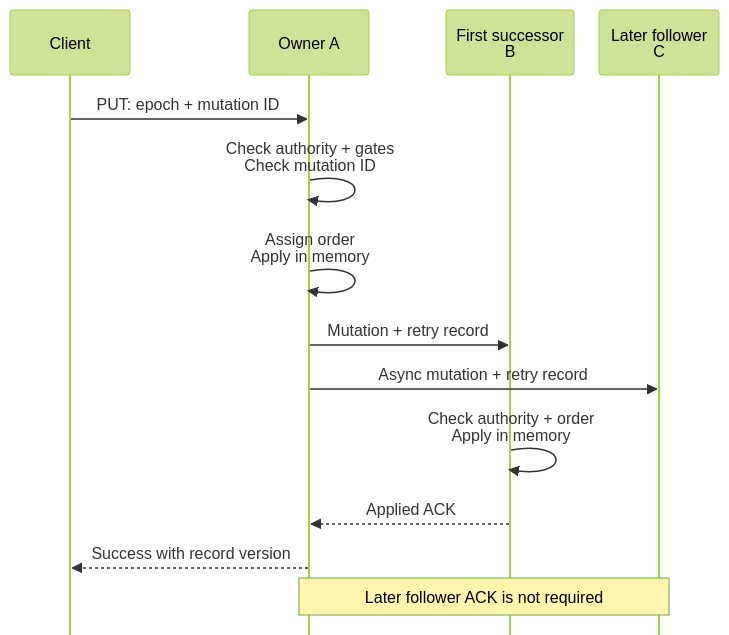
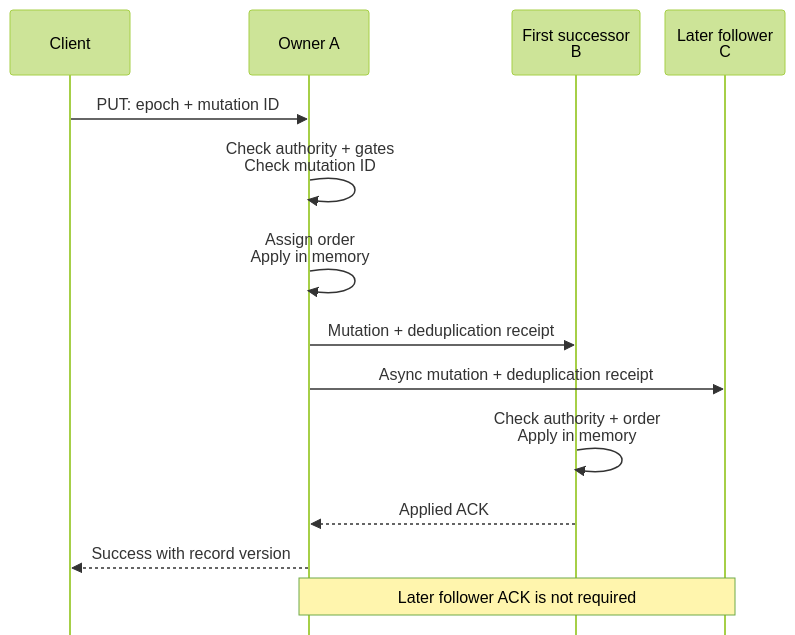
Before and after one commit to samuelhe52/hashring-rs: the third of 6 diagrams in docs/rfcs/0001-ha-walkthrough.md, drawn with Mermaid (forest theme). The commit also changed other lines of this file and 15 other files, not shown here.

Commit message:
refactor: clarify deduplication receipt terminology

````diff
--- a/docs/rfcs/0001-ha-walkthrough.md
+++ b/docs/rfcs/0001-ha-walkthrough.md
@@ -108,17 +108,17 @@
 ```mermaid
 %%{init: {"sequence": {"actorMargin": 20, "width": 120, "diagramMarginX": 10, "mirrorActors": false, "messageMargin": 25}}}%%
 sequenceDiagram
     participant C as Client
     participant O as Owner A
     participant B as First successor<br/>B
     participant F as Later follower<br/>C
     C->>O: PUT: epoch + mutation ID
     O->>O: Check authority + gates<br/>Check mutation ID
     O->>O: Assign order<br/>Apply in memory
-    O->>B: Mutation + retry record
-    O->>F: Async mutation + retry record
+    O->>B: Mutation + deduplication receipt
+    O->>F: Async mutation + deduplication receipt
     B->>B: Check authority + order<br/>Apply in memory
     B-->>O: Applied ACK
     O-->>C: Success with record version
     Note over O,F: Later follower ACK is not required
 ```
````
